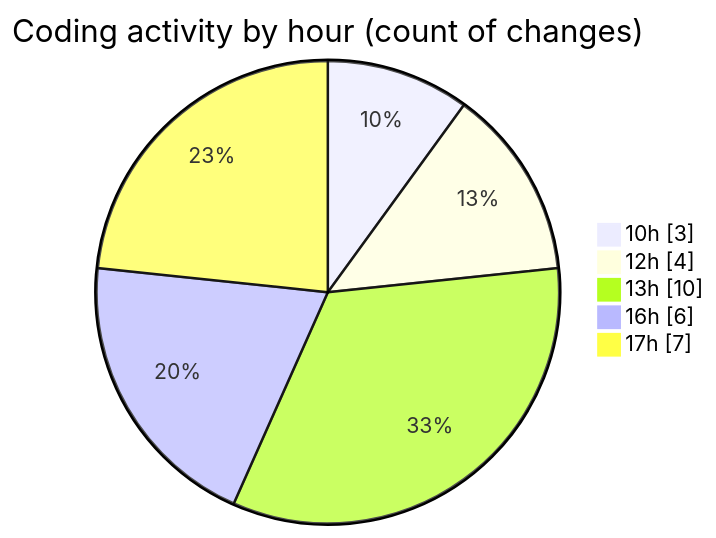
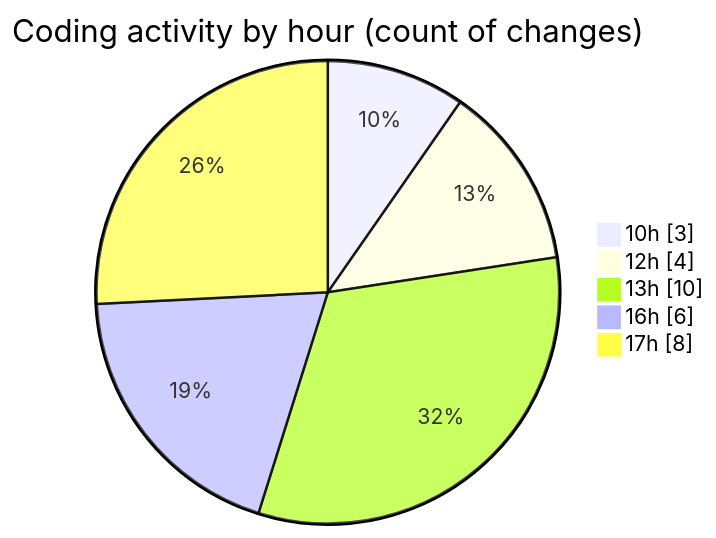
One commit to momahboobian/code-tracking changed the second of 2 diagrams in 2025-10-27/cda/README.md. Above: the diagram before and after it, drawn with Mermaid. The commit also changed other lines of this file and 1 other file, not shown here.

````diff
--- a/2025-10-27/cda/README.md
+++ b/2025-10-27/cda/README.md
@@ -35,9 +35,9 @@
 ```mermaid
 pie showData
 title Coding activity by hour (count of changes)
 "10h" : 3
 "12h" : 4
 "13h" : 10
 "16h" : 6
-"17h" : 7
+"17h" : 8
 ```
````
